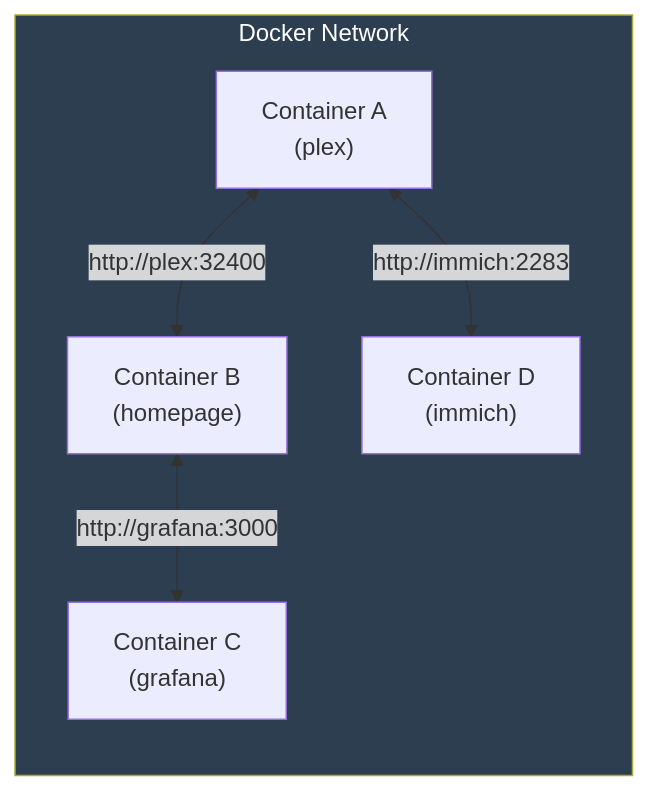
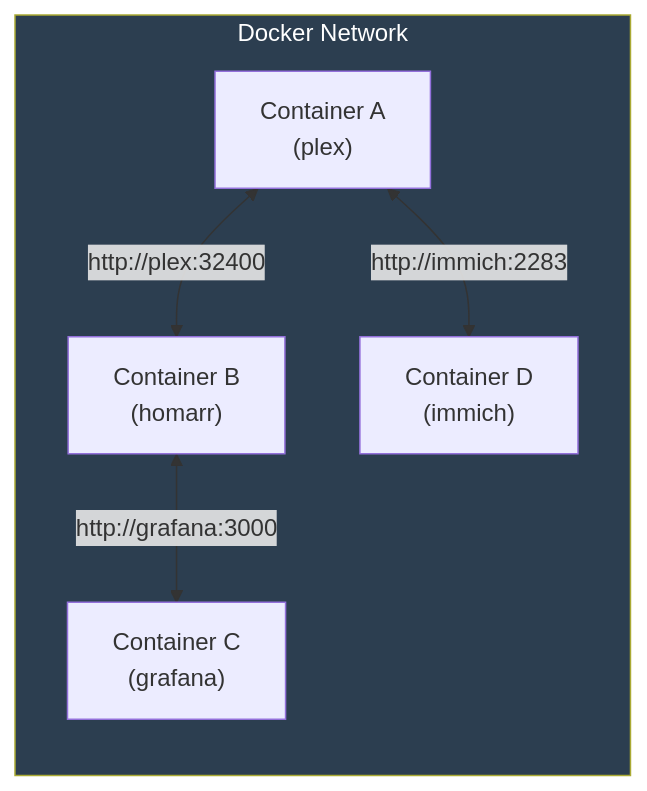
One commit to manumanohar11/homelab changed the third of 7 diagrams in docs/networking.md. Above: the diagram before and after it, drawn with Mermaid. The commit also changed other lines of this file and 34 other files, not shown here.

````diff
--- a/docs/networking.md
+++ b/docs/networking.md
@@ -129,10 +130,10 @@
 ```mermaid
 graph LR
     subgraph DOCKER_NET["Docker Network"]
-        A["Container A<br/>(plex)"] <-->|"http://plex:32400"| B["Container B<br/>(homepage)"]
+        A["Container A<br/>(plex)"] <-->|"http://plex:32400"| B["Container B<br/>(homarr)"]
         B <-->|"http://grafana:3000"| C["Container C<br/>(grafana)"]
         A <-->|"http://immich:2283"| D["Container D<br/>(immich)"]
     end
 
     style DOCKER_NET fill:#2c3e50,color:#fff
 ```
````
